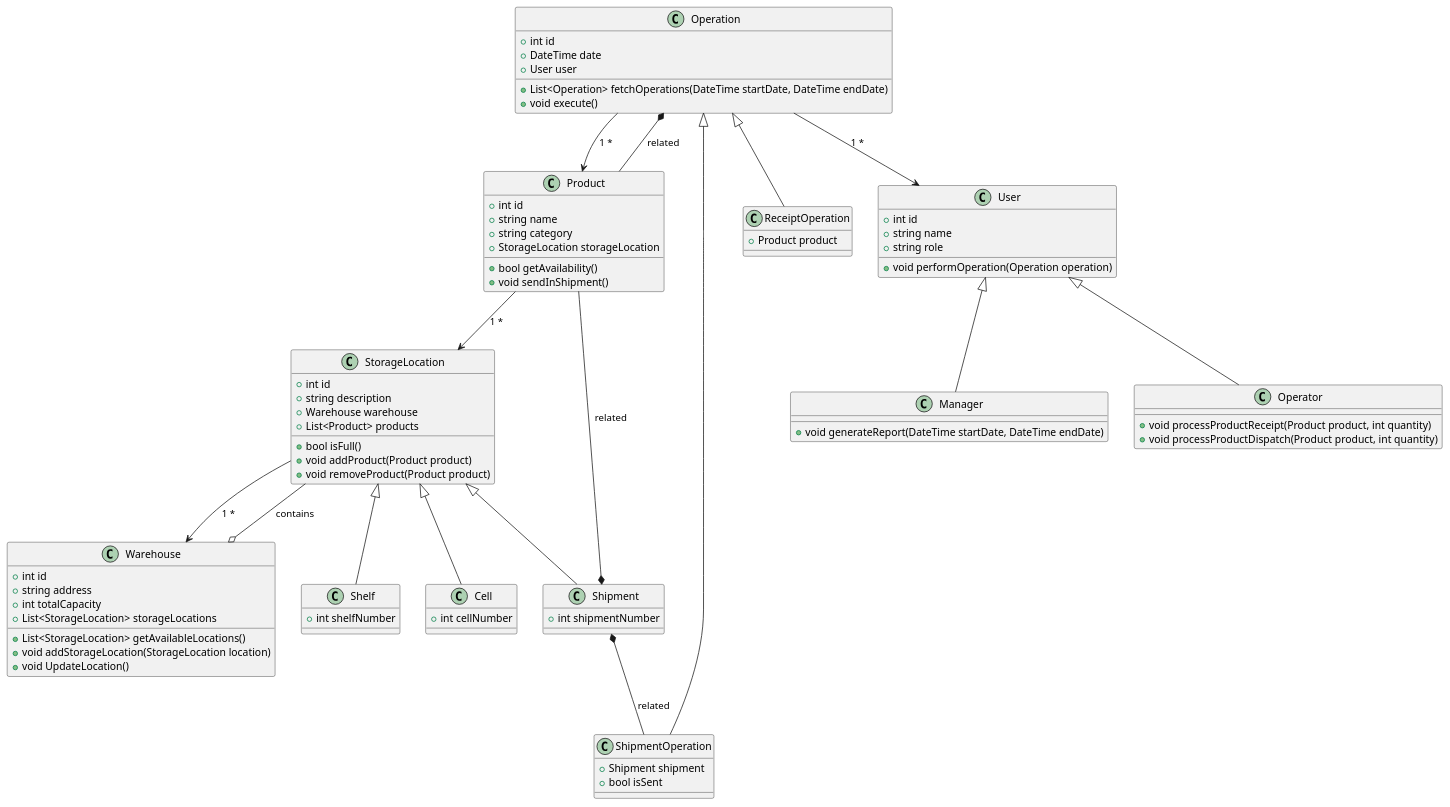
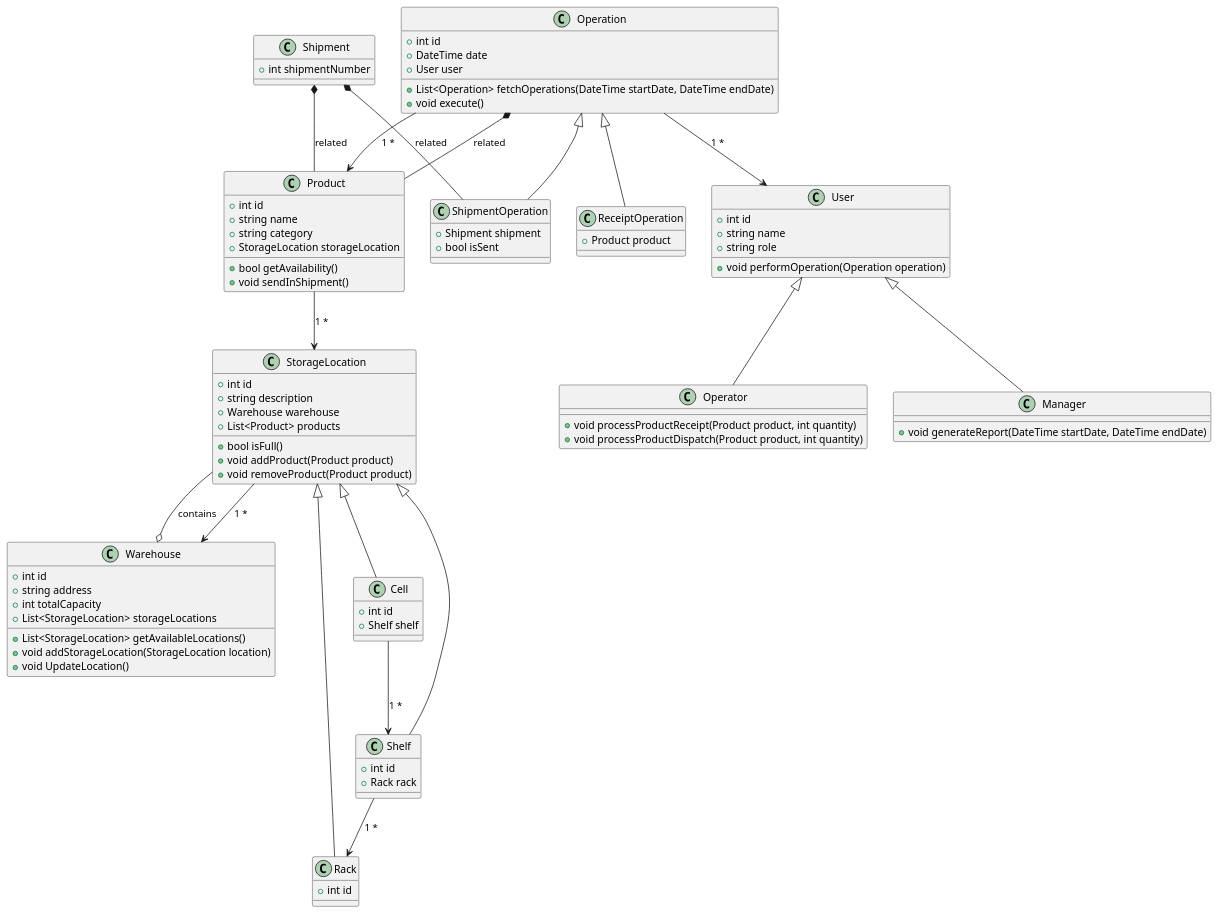
Before and after one commit to penamarth/bsbo-01-22_team6_var6: the diagram in Модель предметной области.md, drawn with PlantUML.

Commit message:
feat: updated classes

```diff
--- a/Модель предметной области.md
+++ b/Модель предметной области.md
@@ -65,12 +65,18 @@
     +void removeProduct(Product product)
 }
 
+class Rack{
+    +int id
+}
+
 class Shelf{
-    +int shelfNumber
+    +int id
+    +Rack rack
 }
 
 class Cell{
-    +int cellNumber
+    +int id
+    +Shelf shelf
 }
 
 class Shipment{
@@ -86,9 +92,12 @@
 User <|-- Manager
 User <|-- Operator
 
+StorageLocation <|-- Rack
 StorageLocation <|-- Shelf
 StorageLocation <|-- Cell
-StorageLocation <|-- Shipment
+
+Shelf --> Rack : "1 *"
+Cell --> Shelf : "1 *"
 
 Operation <|-- ShipmentOperation
 Operation <|-- ReceiptOperation
```
